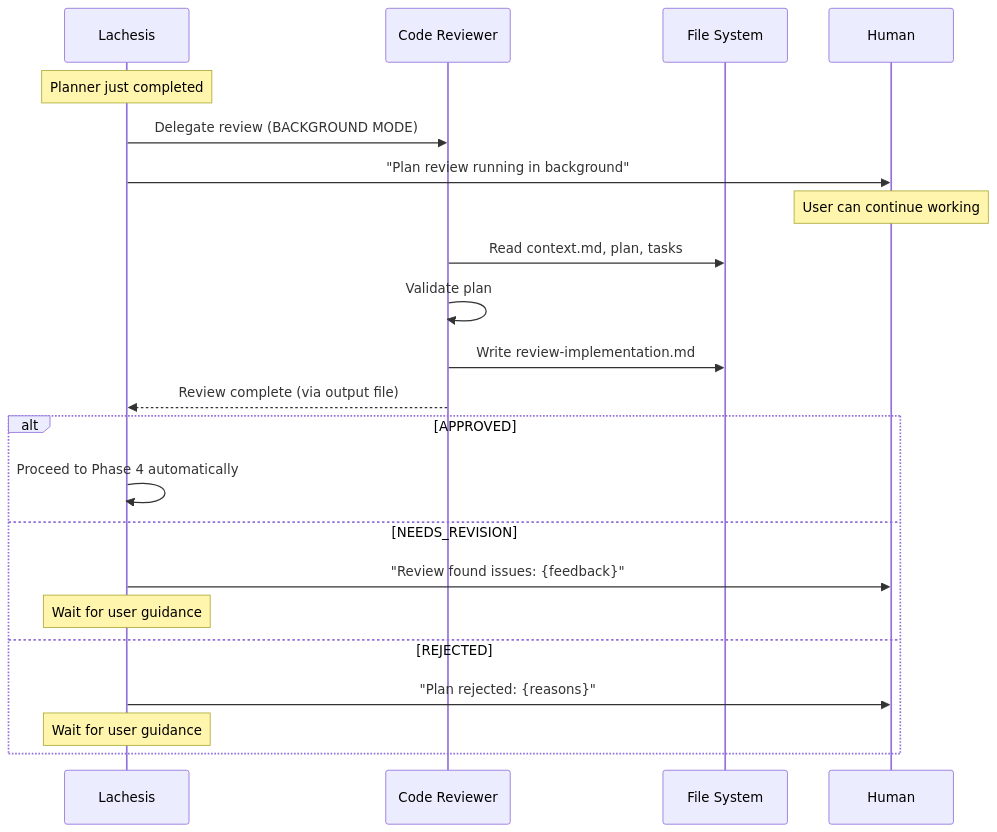
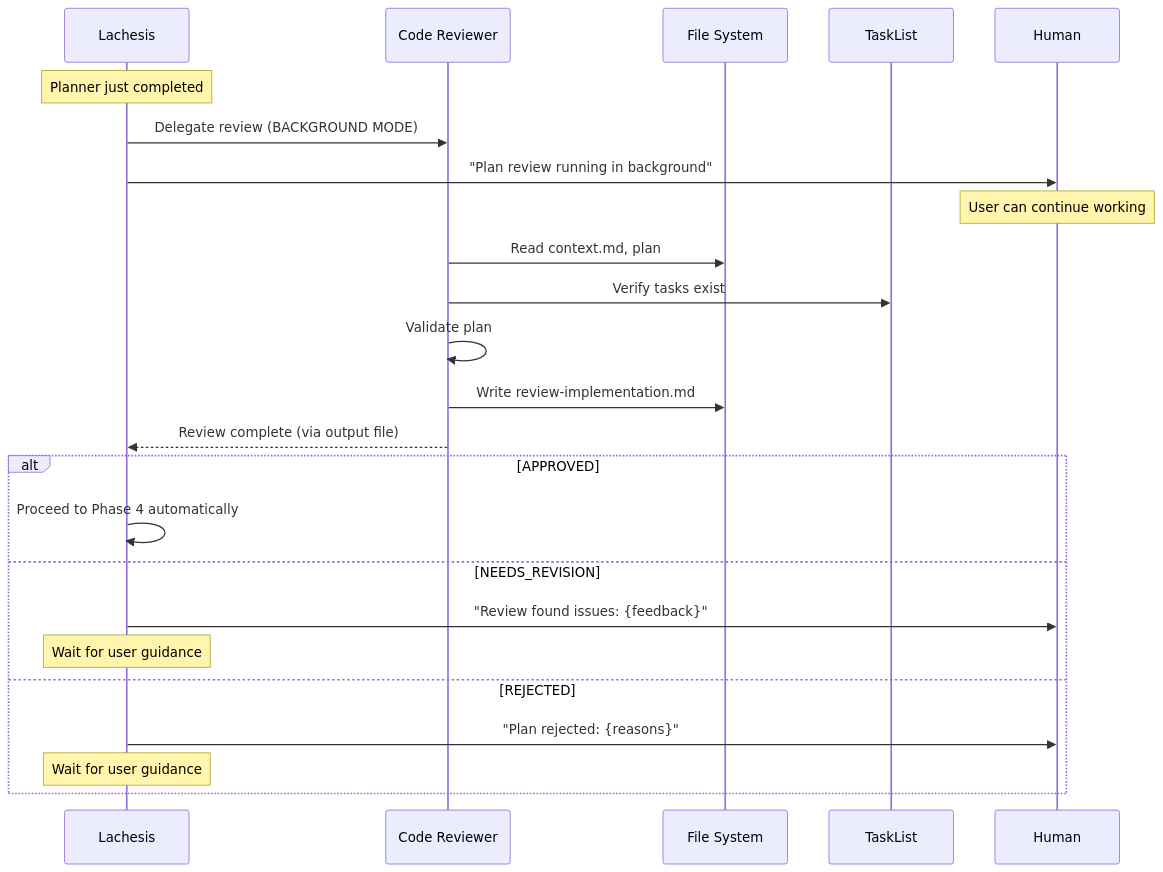
One commit to beingfrankly/loom changed the fourth of 7 diagrams in loom/WORKFLOW.md. Above: the diagram before and after it, drawn with Mermaid. The commit also changed other lines of this file and 27 other files, not shown here.

````diff
--- a/loom/WORKFLOW.md
+++ b/loom/WORKFLOW.md
@@ -215,28 +210,30 @@
 ```mermaid
 sequenceDiagram
     participant L as Lachesis
     participant CR as Code Reviewer
     participant FS as File System
+    participant TL as TaskList
     participant H as Human
 
     Note over L: Planner just completed
     L->>CR: Delegate review (BACKGROUND MODE)
     L->>H: "Plan review running in background"
     Note over H: User can continue working
 
-    CR->>FS: Read context.md, plan, tasks
+    CR->>FS: Read context.md, plan
+    CR->>TL: Verify tasks exist
     CR->>CR: Validate plan
     CR->>FS: Write review-implementation.md
 
     CR-->>L: Review complete (via output file)
 
     alt APPROVED
         L->>L: Proceed to Phase 4 automatically
     else NEEDS_REVISION
         L->>H: "Review found issues: {feedback}"
         Note over L: Wait for user guidance
     else REJECTED
         L->>H: "Plan rejected: {reasons}"
         Note over L: Wait for user guidance
     end
 ```
````
